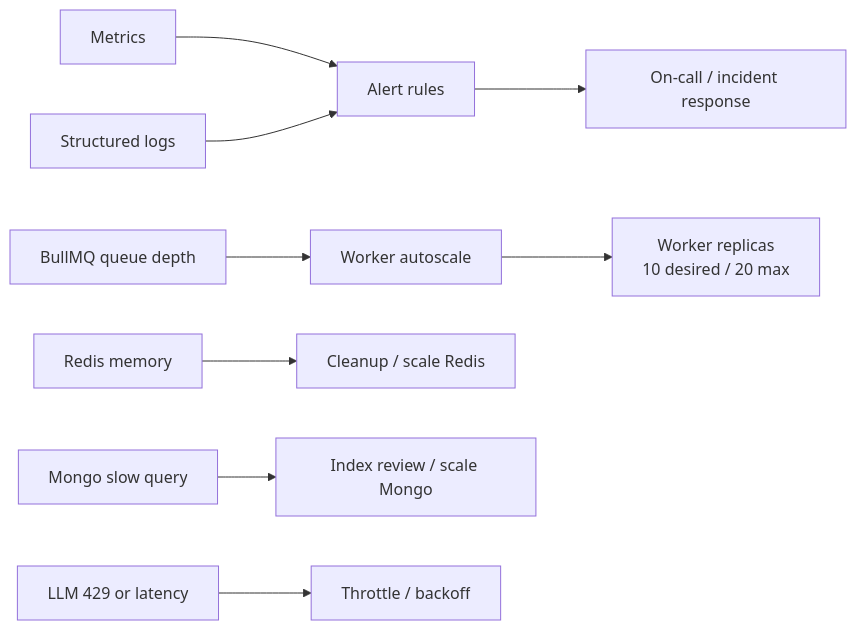
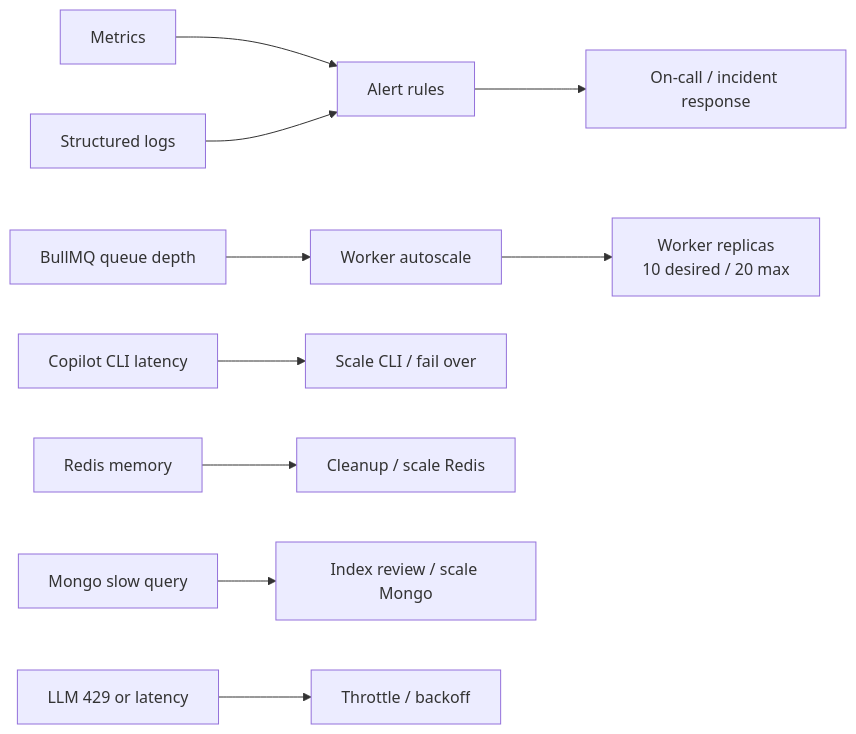
Diagram 15 of 17 in production-resource-architecture-proposal.md (chunkai1312/temp), drawn with Mermaid before and after one commit. The commit also changed other lines of this file, not shown here.

````diff
--- a/production-resource-architecture-proposal.md
+++ b/production-resource-architecture-proposal.md
@@ -544,11 +636,12 @@
 ```mermaid
 flowchart LR
   METRICS["Metrics"] --> RULES["Alert rules"]
   LOGS["Structured logs"] --> RULES
   QUEUE["BullMQ queue depth"] --> AUTOSCALE["Worker autoscale"]
+  CLI["Copilot CLI latency"] --> ACTION0["Scale CLI / fail over"]
   REDIS["Redis memory"] --> ACTION1["Cleanup / scale Redis"]
   MONGO["Mongo slow query"] --> ACTION2["Index review / scale Mongo"]
   LLM["LLM 429 or latency"] --> ACTION3["Throttle / backoff"]
   RULES --> ONCALL["On-call / incident response"]
   AUTOSCALE --> WORKERS["Worker replicas\n10 desired / 20 max"]
 ```
````
